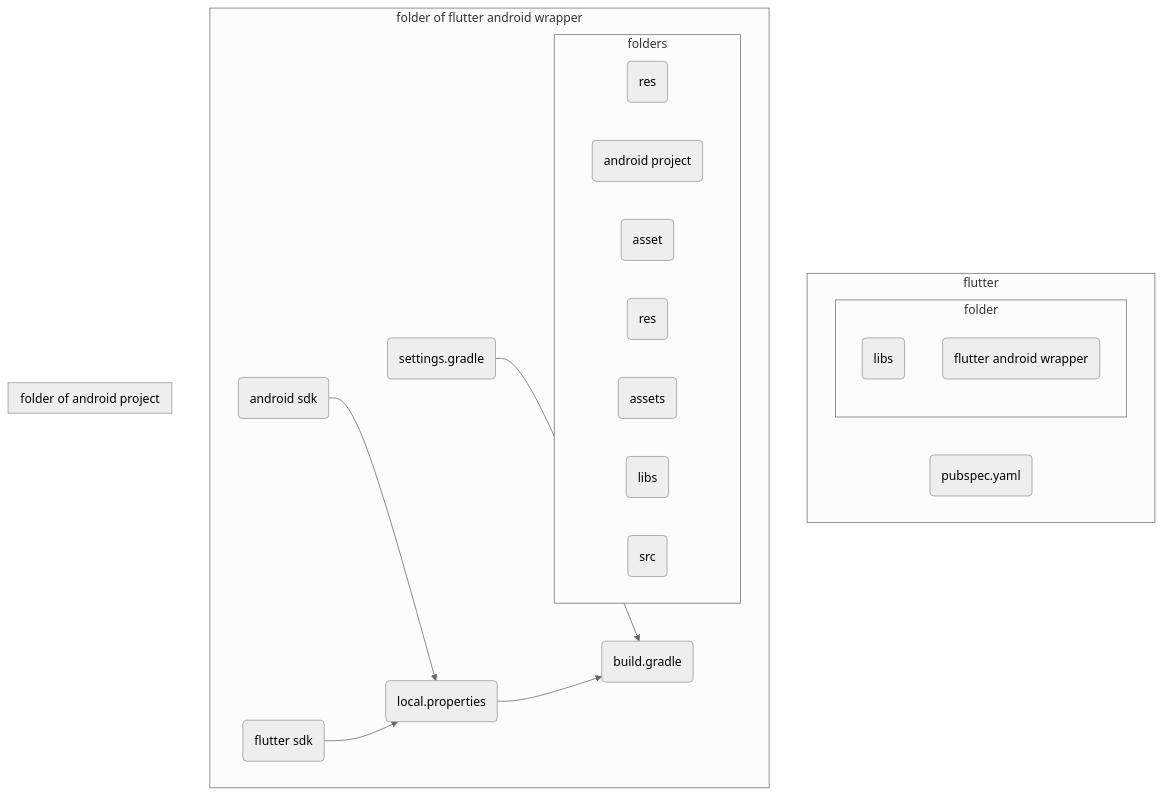
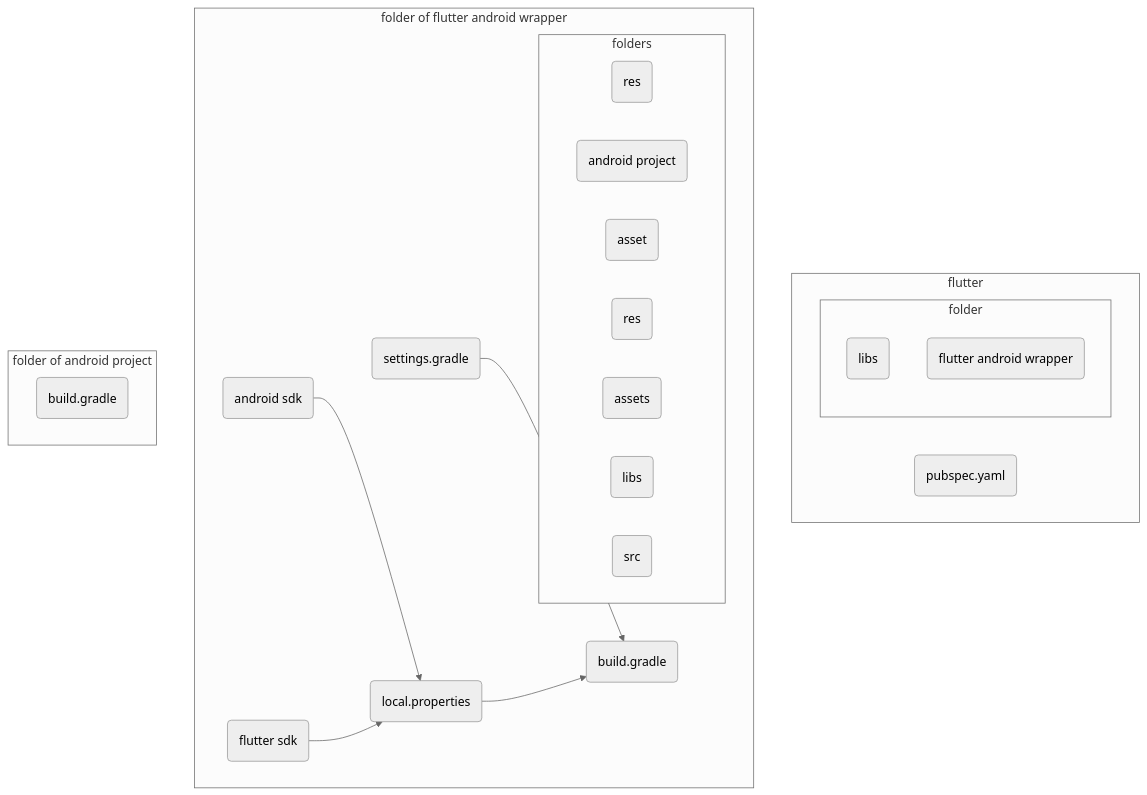
Before and after one commit to gordianknotC/nxp_note: the second of 2 diagrams in flutter/addAndroidProjIntoFlutter.md, drawn with Mermaid (neutral theme). The commit also changed other lines of this file, not shown here.

````diff
--- a/flutter/addAndroidProjIntoFlutter.md
+++ b/flutter/addAndroidProjIntoFlutter.md
@@ -225,33 +225,34 @@
 ```mermaid
 graph TB
 	subgraph flutter
 		FP(pubspec.yaml)
 		subgraph folder
 			FL(libs)
 			FA(flutter android wrapper)
 		end
 	end
 	
 	subgraph folder of flutter android wrapper
 		WS(settings.gradle) --> WB(build.gradle)
 		WL(local.properties)--> WB
 		WL1(android sdk)-->WL
 		WL2(flutter sdk)-->WL
 		
 		subgraph folders
 			WR(res)
 			WP(android project)
 			WT(asset)
 		end
 	end
 	
 	subgraph folder of android project
-		
+		AB(build.gradle)
 		 subgraph folders
 			 AR(res) 
 			 AT(assets)
 			 AL(libs)
 			 AC(src)
 		 end
 	end	 
+
 ```
````
